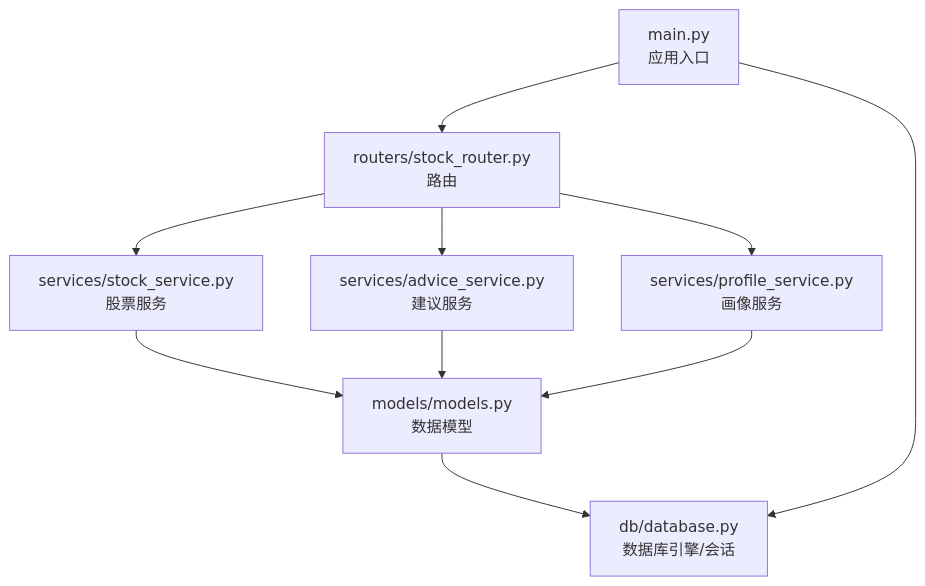
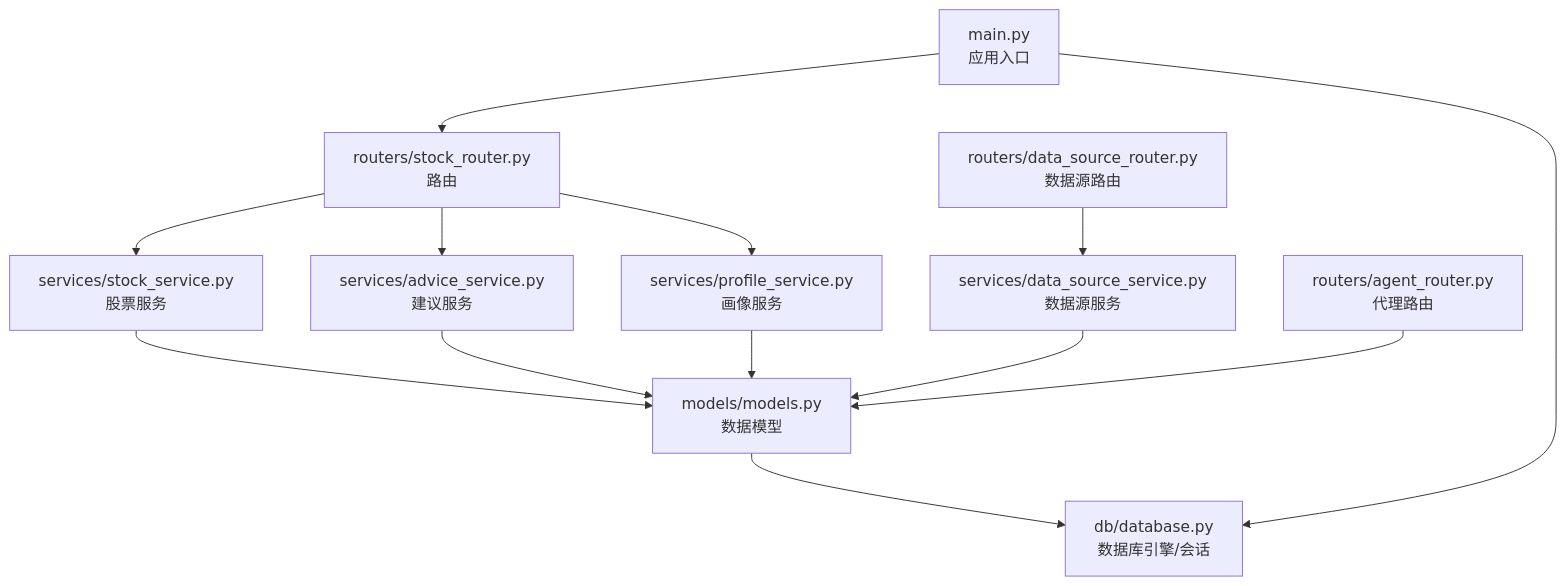
One commit to Moruime/stock_foker changed the first of 7 diagrams in .qoder/repowiki/zh/content/数据模型/数据库表结构.md. Above: the diagram before and after it, drawn with Mermaid. The commit also changed other lines of this file and 37 other files, not shown here.

First line of the commit message:
docs(data_source): 新增数据源服务层及相关数据库结构文档

````diff
--- a/.qoder/repowiki/zh/content/数据模型/数据库表结构.md
+++ b/.qoder/repowiki/zh/content/数据模型/数据库表结构.md
@@ -44,12 +57,15 @@
 ```mermaid
 graph TB
 A["main.py<br/>应用入口"] --> B["routers/stock_router.py<br/>路由"]
 B --> C["services/stock_service.py<br/>股票服务"]
 B --> D["services/advice_service.py<br/>建议服务"]
 B --> E["services/profile_service.py<br/>画像服务"]
 C --> F["models/models.py<br/>数据模型"]
 D --> F
 E --> F
 F --> G["db/database.py<br/>数据库引擎/会话"]
 A --> G
+H["routers/data_source_router.py<br/>数据源路由"] --> I["services/data_source_service.py<br/>数据源服务"]
+I --> F
+J["routers/agent_router.py<br/>代理路由"] --> F
 ```
````
